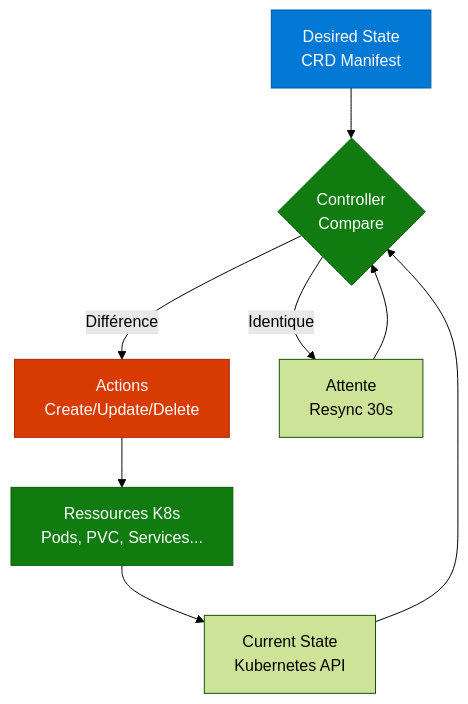
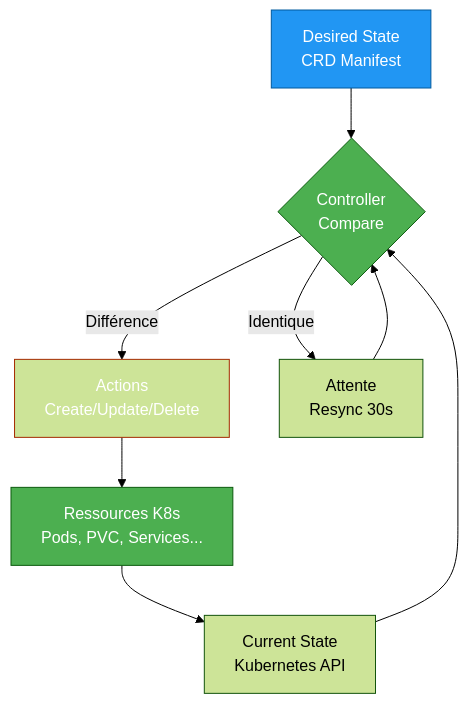
Before and after one commit to VBlackJack/ShellBook: the diagram in docs/devops/kubernetes-operators.md, drawn with Mermaid (forest theme). The commit also changed 337 other files, not shown here.

First line of the commit message:
refactor(docs): Standardize code blocks and Mermaid colors

````diff
--- a/docs/devops/kubernetes-operators.md
+++ b/docs/devops/kubernetes-operators.md
@@ -60,18 +60,18 @@
 ```mermaid
 flowchart TD
     A[Desired State<br/>CRD Manifest] --> B{Controller<br/>Compare}
     C[Current State<br/>Kubernetes API] --> B
 
     B -->|Différence| D[Actions<br/>Create/Update/Delete]
     B -->|Identique| E[Attente<br/>Resync 30s]
 
     D --> F[Ressources K8s<br/>Pods, PVC, Services...]
     F --> C
 
     E --> B
 
-    style A fill:#0078d4,stroke:#005a9e,color:#fff
-    style B fill:#107c10,stroke:#0b5a0d,color:#fff
-    style D fill:#d83b01,stroke:#a52a00,color:#fff
-    style F fill:#107c10,stroke:#0b5a0d,color:#fff
+    style A fill:#2196F3,stroke:#005a9e,color:#fff
+    style B fill:#4CAF50,stroke:#0b5a0d,color:#fff
+    style D fill:#FF9800800800,stroke:#a52a00,color:#fff
+    style F fill:#4CAF50,stroke:#0b5a0d,color:#fff
 ```
````
